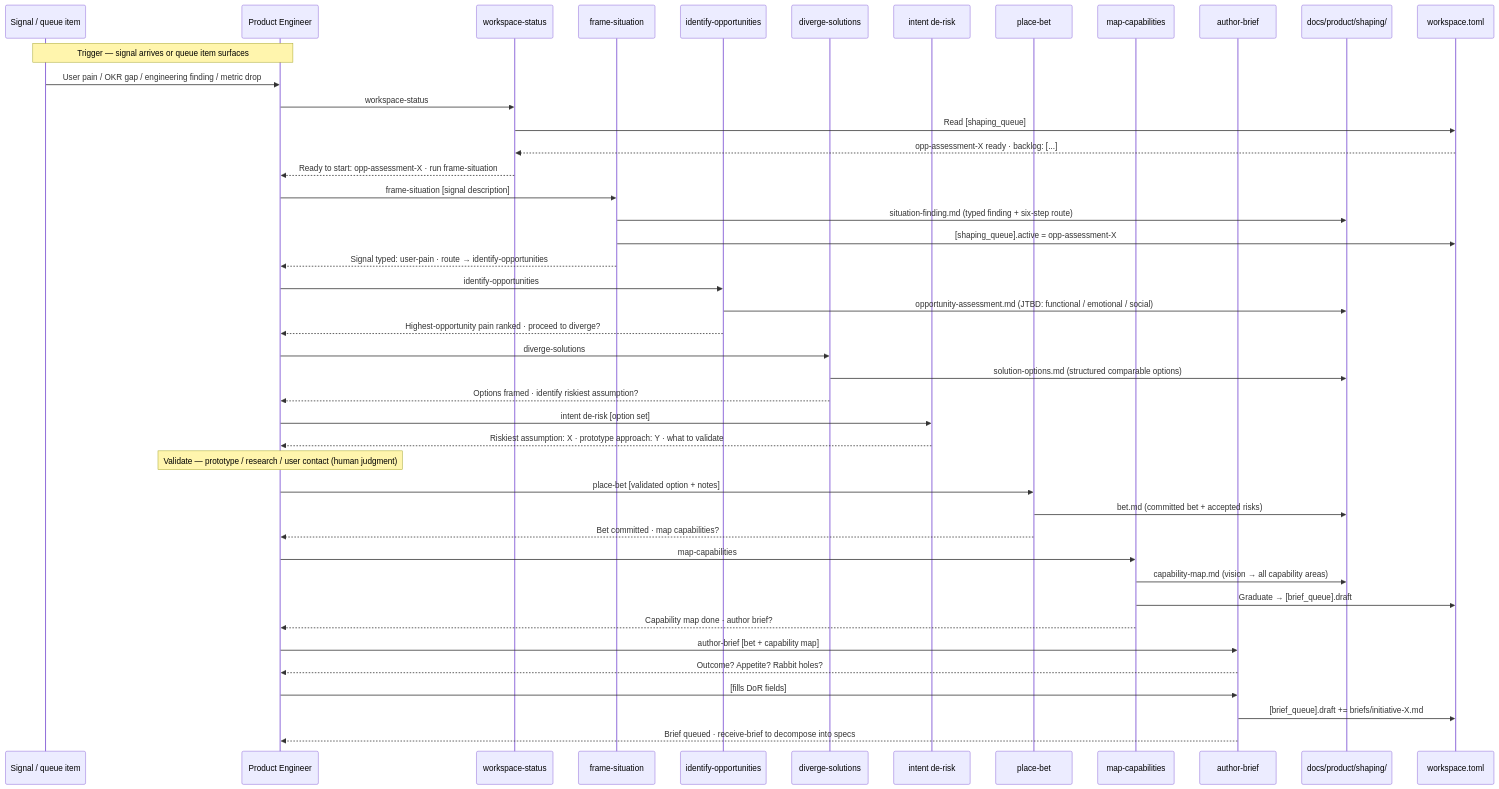
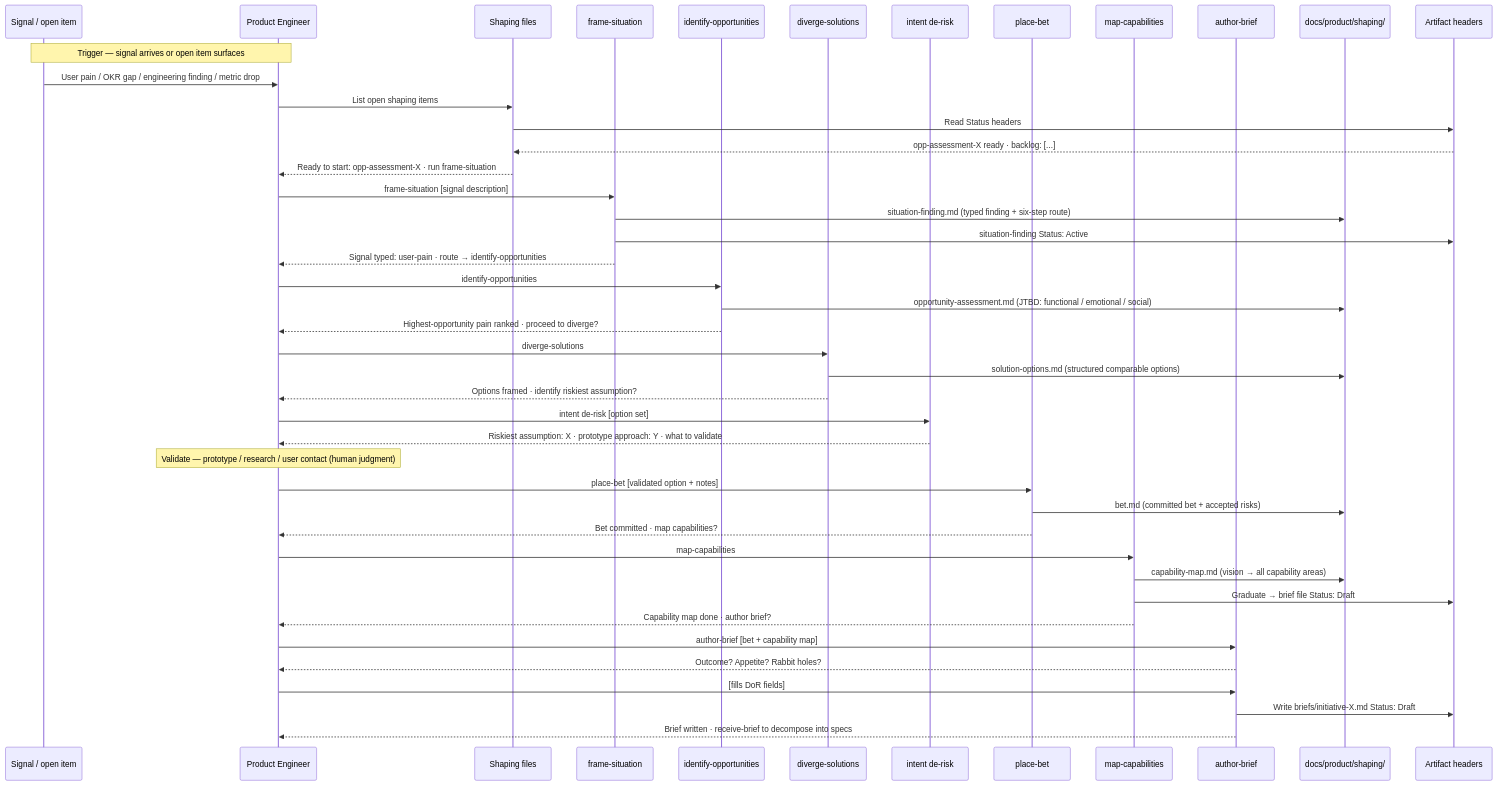
One commit to eugenelim/agent-ready-repo changed the second of 2 diagrams in docs/product/journeys/product-engineer-shapes-initiative.md. Above: the diagram before and after it, drawn with Mermaid. The commit also changed other lines of this file and 213 other files, not shown here.

First line of the commit message:
feat(core): publish the workspace.toml upgrade notes and move every operative reference off the registry (core 4.0.14)

````diff
--- a/docs/product/journeys/product-engineer-shapes-initiative.md
+++ b/docs/product/journeys/product-engineer-shapes-initiative.md
@@ -76,55 +76,55 @@
 ```mermaid
 sequenceDiagram
-    participant SIG as Signal / queue item
+    participant SIG as Signal / open item
     participant PE as Product Engineer
-    participant CW as workspace-status
+    participant CW as Shaping files
     participant FS as frame-situation
     participant IO as identify-opportunities
     participant DS as diverge-solutions
     participant DRI as intent de-risk
     participant PB as place-bet
     participant MC as map-capabilities
     participant AB as author-brief
     participant SA as docs/product/shaping/
-    participant WS as workspace.toml
+    participant WS as Artifact headers
 
-    Note over SIG,PE: Trigger — signal arrives or queue item surfaces
+    Note over SIG,PE: Trigger — signal arrives or open item surfaces
     SIG->>PE: User pain / OKR gap / engineering finding / metric drop
-    PE->>CW: workspace-status
-    CW->>WS: Read [shaping_queue]
+    PE->>CW: List open shaping items
+    CW->>WS: Read Status headers
     WS-->>CW: opp-assessment-X ready · backlog: [...]
     CW-->>PE: Ready to start: opp-assessment-X · run frame-situation
 
     PE->>FS: frame-situation [signal description]
     FS->>SA: situation-finding.md (typed finding + six-step route)
-    FS->>WS: [shaping_queue].active = opp-assessment-X
+    FS->>WS: situation-finding Status: Active
     FS-->>PE: Signal typed: user-pain · route → identify-opportunities
 
     PE->>IO: identify-opportunities
     IO->>SA: opportunity-assessment.md (JTBD: functional / emotional / social)
     IO-->>PE: Highest-opportunity pain ranked · proceed to diverge?
 
     PE->>DS: diverge-solutions
     DS->>SA: solution-options.md (structured comparable options)
     DS-->>PE: Options framed · identify riskiest assumption?
 
     PE->>DRI: intent de-risk [option set]
     DRI-->>PE: Riskiest assumption: X · prototype approach: Y · what to validate
 
     Note over PE: Validate — prototype / research / user contact (human judgment)
 
     PE->>PB: place-bet [validated option + notes]
     PB->>SA: bet.md (committed bet + accepted risks)
     PB-->>PE: Bet committed · map capabilities?
 
     PE->>MC: map-capabilities
     MC->>SA: capability-map.md (vision → all capability areas)
-    MC->>WS: Graduate → [brief_queue].draft
+    MC->>WS: Graduate → brief file Status: Draft
     MC-->>PE: Capability map done · author brief?
 
     PE->>AB: author-brief [bet + capability map]
     AB-->>PE: Outcome? Appetite? Rabbit holes?
     PE->>AB: [fills DoR fields]
-    AB->>WS: [brief_queue].draft += briefs/initiative-X.md
-    AB-->>PE: Brief queued · receive-brief to decompose into specs
+    AB->>WS: Write briefs/initiative-X.md Status: Draft
+    AB-->>PE: Brief written · receive-brief to decompose into specs
 ```
````
